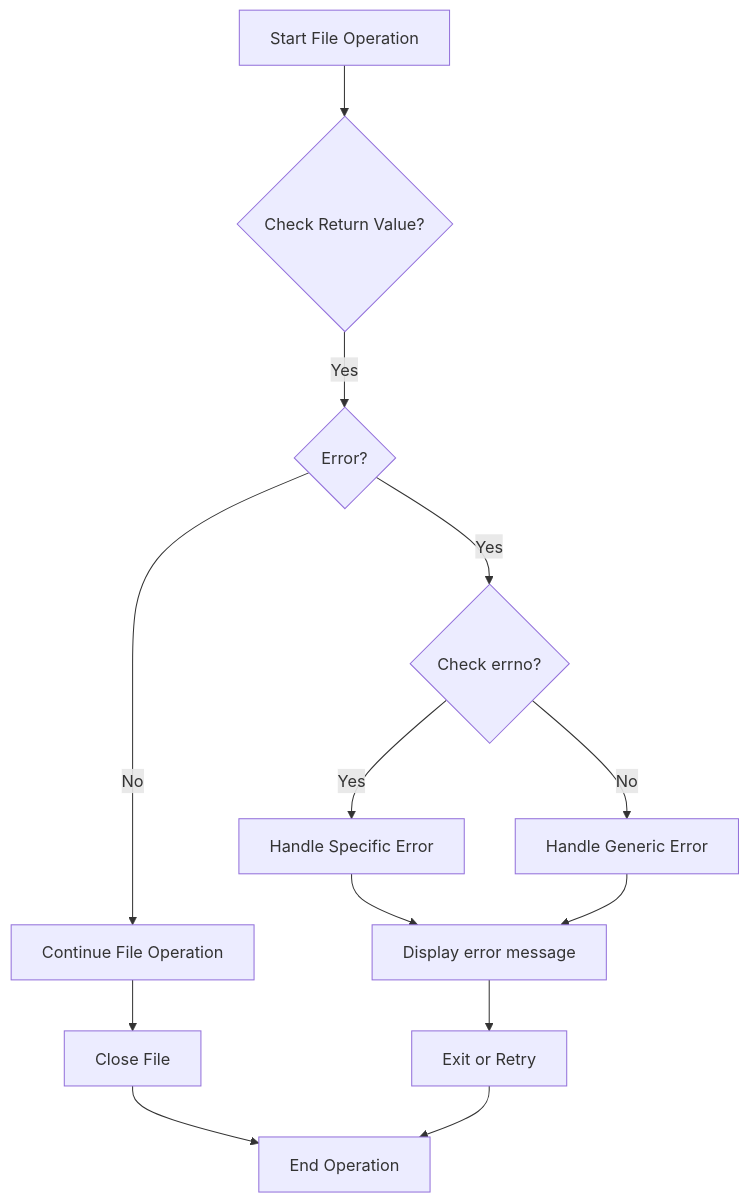
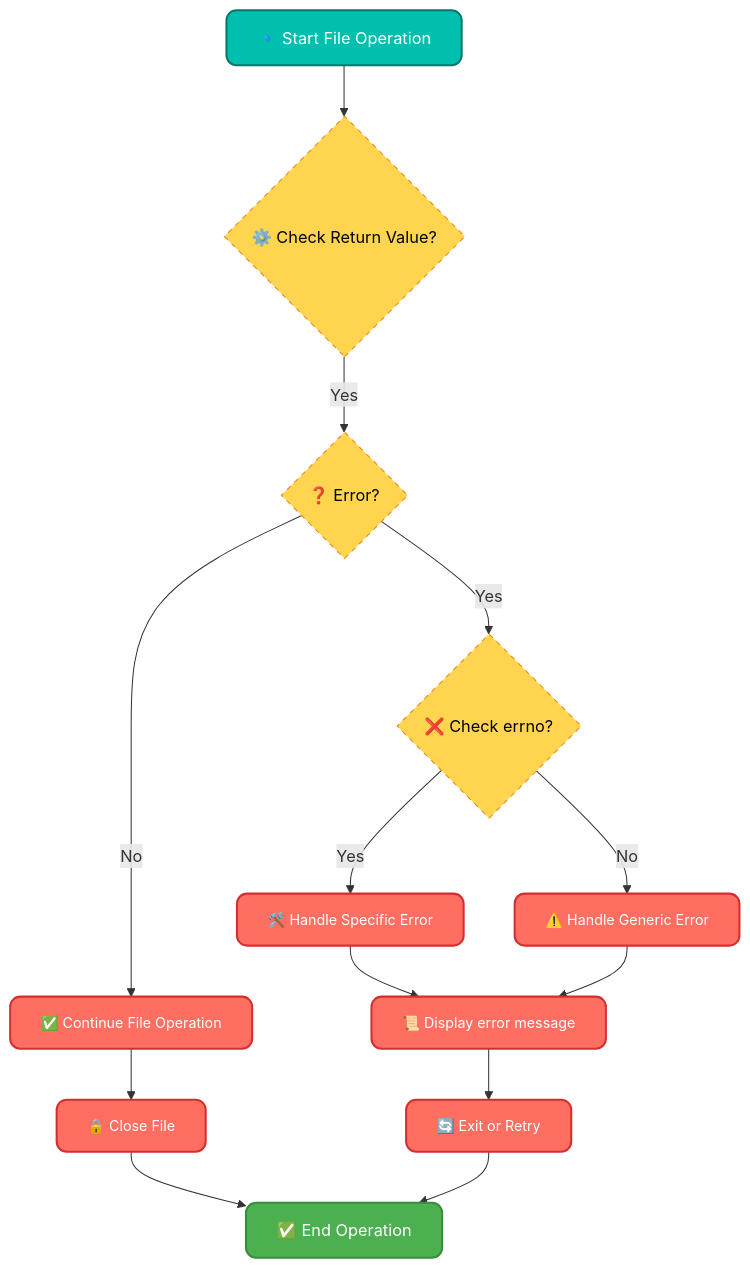
The third of 5 diagrams in _posts/2024-12-26-15.-c-error-handling.md (infoyouth/infoyouth.github.io), drawn with Mermaid before and after one commit. The commit also changed other lines of this file, not shown here.

````diff
--- a/_posts/2024-12-26-15.-c-error-handling.md
+++ b/_posts/2024-12-26-15.-c-error-handling.md
@@ -540,15 +569,33 @@
 ```mermaid
 flowchart TD
-    A[Start File Operation] --> B{Check Return Value?};
-    B -- Yes --> C{Error?};
-    C -- Yes --> D{Check errno?};
-    D -- Yes --> E[Handle Specific Error];
-    D -- No --> F[Handle Generic Error];
-    C -- No --> G[Continue File Operation];
-    E --> H[Display error message];
-    F --> H;
-    H --> I[Exit or Retry];
-    G --> J[Close File];
-    J --> K[End Operation];
-    I --> K;
+    A[🔹 Start File Operation] --> B{⚙️ Check Return Value?}
+    B -- Yes --> C{❓ Error?}
+    C -- Yes --> D{❌ Check errno?}
+    D -- Yes --> E[🛠️ Handle Specific Error]
+    D -- No --> F[⚠️ Handle Generic Error]
+    C -- No --> G[✅ Continue File Operation]
+    E --> H[📜 Display error message]
+    F --> H
+    H --> I[🔄 Exit or Retry]
+    G --> J[🔒 Close File]
+    J --> K[✅ End Operation]
+    I --> K
+
+    class A startNode
+    class B decisionNode
+    class C decisionNode
+    class D decisionNode
+    class E processNode
+    class F processNode
+    class G processNode
+    class H processNode
+    class I processNode
+    class J processNode
+    class K returnNode
+
+    classDef startNode fill:#00BFAE,stroke:#00796B,color:#FFFFFF,font-size:16px,stroke-width:2px,rx:10px;
+    classDef decisionNode fill:#FFD54F,stroke:#F57F17,color:#000000,font-size:16px,stroke-dasharray: 5,5;
+    classDef returnNode fill:#4CAF50,stroke:#388E3C,color:#FFFFFF,font-size:16px,stroke-width:2px,rx:10px;
+    classDef processNode fill:#FF6F61,stroke:#D32F2F,color:#FFFFFF,font-size:14px,stroke-width:2px,rx:10px;
+
 ```
````
